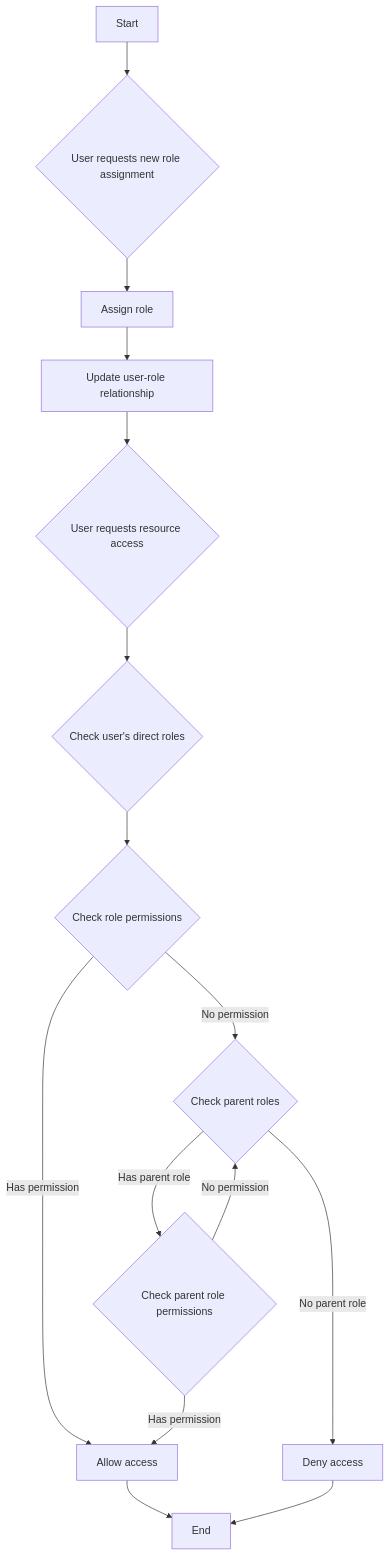
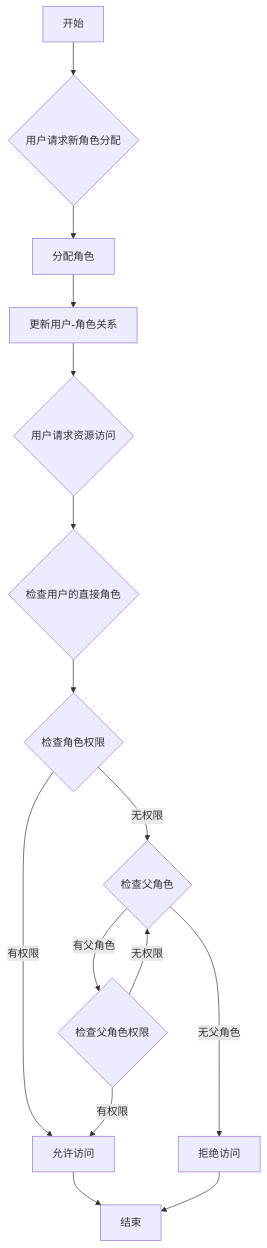
One commit to logto-io/auth-wiki changed the third of 4 diagrams in src/content/terms/zh/rbac.mdx. Above: the diagram before and after it, drawn with Mermaid. The commit also changed other lines of this file and 98 other files, not shown here.

````diff
--- a/src/content/terms/zh/rbac.mdx
+++ b/src/content/terms/zh/rbac.mdx
@@ -113,17 +218,17 @@
 ```mermaid
 graph TD
-    A[Start] --> B{User requests new role assignment}
-    B --> C[Assign role]
-    C --> D[Update user-role relationship]
-    D --> E{User requests resource access}
-    E --> F{Check user's direct roles}
-    F --> G{Check role permissions}
-    G -->|No permission| H{Check parent roles}
-    G -->|Has permission| K[Allow access]
-    H -->|Has parent role| I{Check parent role permissions}
-    H -->|No parent role| J[Deny access]
-    I -->|Has permission| K
-    I -->|No permission| H
-    K --> L[End]
+    A[开始] --> B{用户请求新角色分配}
+    B --> C[分配角色]
+    C --> D[更新用户-角色关系]
+    D --> E{用户请求资源访问}
+    E --> F{检查用户的直接角色}
+    F --> G{检查角色权限}
+    G -->|无权限| H{检查父角色}
+    G -->|有权限| K[允许访问]
+    H -->|有父角色| I{检查父角色权限}
+    H -->|无父角色| J[拒绝访问]
+    I -->|有权限| K
+    I -->|无权限| H
+    K --> L[结束]
     J --> L
 ```
````
